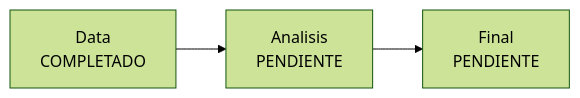
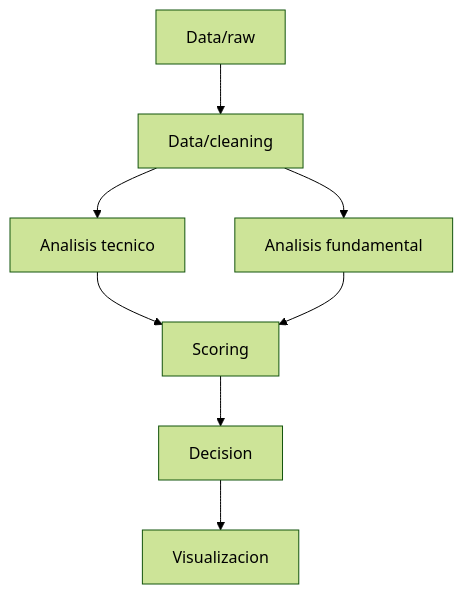
Before and after one commit to Romequinco/Sistema-De-Analisis-Financiero: the diagram in architecture_diagram.md, drawn with Mermaid (forest theme). The commit also changed other lines of this file and 16 other files, not shown here.

````diff
--- a/architecture_diagram.md
+++ b/architecture_diagram.md
@@ -73,5 +7,10 @@
 ```mermaid
-flowchart LR
-    A[Data<br/>COMPLETADO] --> B[Analisis<br/>PENDIENTE]
-    B --> C[Final<br/>PENDIENTE]
+flowchart TD
+    A[Data/raw] --> B[Data/cleaning]
+    B --> C[Analisis tecnico]
+    B --> D[Analisis fundamental]
+    C --> E[Scoring]
+    D --> E
+    E --> F[Decision]
+    F --> G[Visualizacion]
 ```
````
